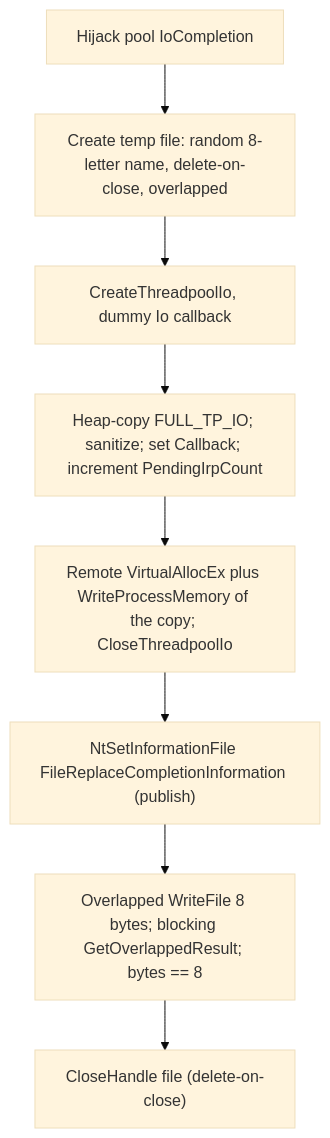
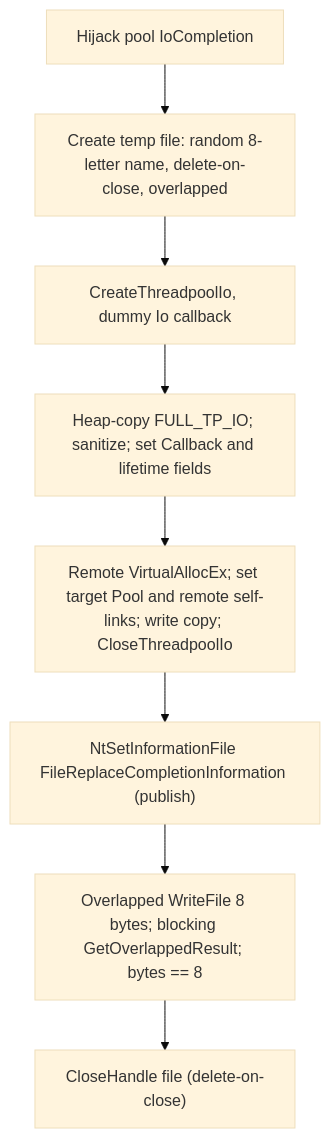
The second of 6 diagrams in README.md (An0nUD4Y/PoolParty-BOF), drawn with Mermaid (base theme) before and after one commit. The commit also changed other lines of this file and 11 other files, not shown here.

````diff
--- a/README.md
+++ b/README.md
@@ -213,10 +215,10 @@
 ```mermaid
 flowchart TD
   A["Hijack pool IoCompletion"] --> B["Create temp file: random 8-letter name, delete-on-close, overlapped"]
   B --> C["CreateThreadpoolIo, dummy Io callback"]
-  C --> D["Heap-copy FULL_TP_IO; sanitize; set Callback; increment PendingIrpCount"]
-  D --> E["Remote VirtualAllocEx plus WriteProcessMemory of the copy; CloseThreadpoolIo"]
+  C --> D["Heap-copy FULL_TP_IO; sanitize; set Callback and lifetime fields"]
+  D --> E["Remote VirtualAllocEx; set target Pool and remote self-links; write copy; CloseThreadpoolIo"]
   E --> F["NtSetInformationFile FileReplaceCompletionInformation (publish)"]
   F --> G["Overlapped WriteFile 8 bytes; blocking GetOverlappedResult; bytes == 8"]
   G --> H["CloseHandle file (delete-on-close)"]
 ```
````
